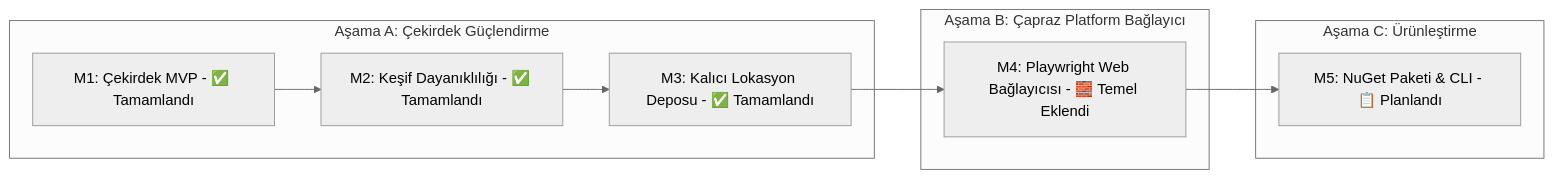
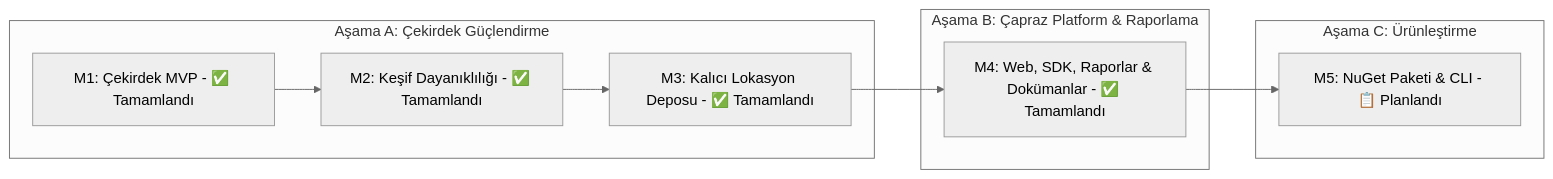
The sixth of 6 diagrams in PROJECT_SHOWCASE.md (mustafasercansak/automation-sandbox), drawn with Mermaid (neutral theme) before and after one commit. The commit also changed other lines of this file and 1 other file, not shown here.

````diff
--- a/PROJECT_SHOWCASE.md
+++ b/PROJECT_SHOWCASE.md
@@ -372,16 +384,16 @@
 ```mermaid
 graph LR
     subgraph PhaseA [Aşama A: Çekirdek Güçlendirme]
         M1[M1: Çekirdek MVP - ✅ Tamamlandı]
         M2[M2: Keşif Dayanıklılığı - ✅ Tamamlandı]
         M3[M3: Kalıcı Lokasyon Deposu - ✅ Tamamlandı]
         M1 --> M2 --> M3
     end
-    subgraph PhaseB [Aşama B: Çapraz Platform Bağlayıcı]
-        M4[M4: Playwright Web Bağlayıcısı - 🧱 Temel Eklendi]
+    subgraph PhaseB [Aşama B: Çapraz Platform & Raporlama]
+        M4[M4: Web, SDK, Raporlar & Dokümanlar - ✅ Tamamlandı]
     end
     subgraph PhaseC [Aşama C: Ürünleştirme]
         M5[M5: NuGet Paketi & CLI - 📋 Planlandı]
     end
     M3 --> M4 --> M5
 ```
````
